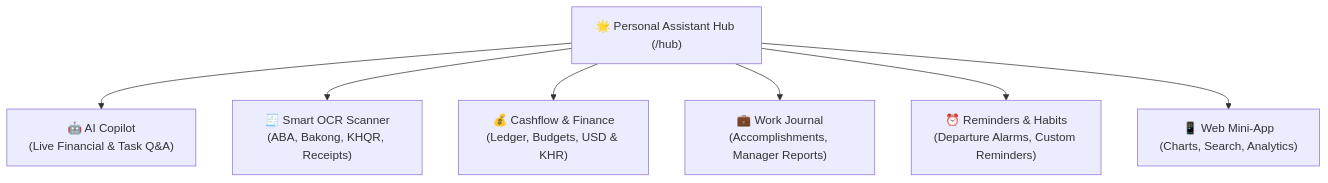
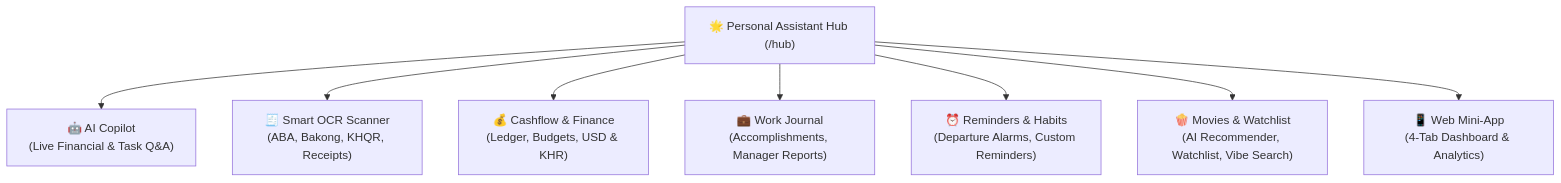
The first of 2 diagrams in README.md (Sopheaktraleng/assistant-bot), drawn with Mermaid before and after one commit. The commit also changed other lines of this file and 2 other files, not shown here.

Commit message:
feat(movies): add AI Movie Recommender and Watchlist with Web Mini-App integration

````diff
--- a/README.md
+++ b/README.md
@@ -19,10 +19,11 @@
 ```mermaid
 graph TD
     Hub["🌟 Personal Assistant Hub (/hub)"]
     Hub --> Copilot["🤖 AI Copilot<br/>(Live Financial & Task Q&A)"]
     Hub --> Scanner["🧾 Smart OCR Scanner<br/>(ABA, Bakong, KHQR, Receipts)"]
     Hub --> Finance["💰 Cashflow & Finance<br/>(Ledger, Budgets, USD & KHR)"]
     Hub --> Work["💼 Work Journal<br/>(Accomplishments, Manager Reports)"]
     Hub --> Alarms["⏰ Reminders & Habits<br/>(Departure Alarms, Custom Reminders)"]
-    Hub --> Dashboard["📱 Web Mini-App<br/>(Charts, Search, Analytics)"]
+    Hub --> Movies["🍿 Movies & Watchlist<br/>(AI Recommender, Watchlist, Vibe Search)"]
+    Hub --> Dashboard["📱 Web Mini-App<br/>(4-Tab Dashboard & Analytics)"]
 ```
````
